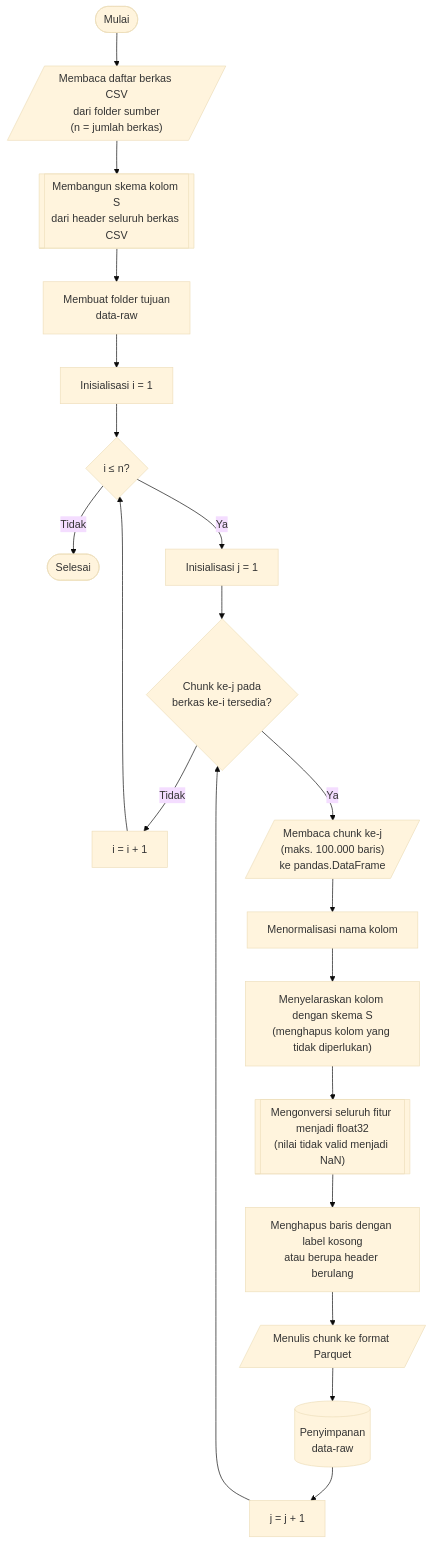
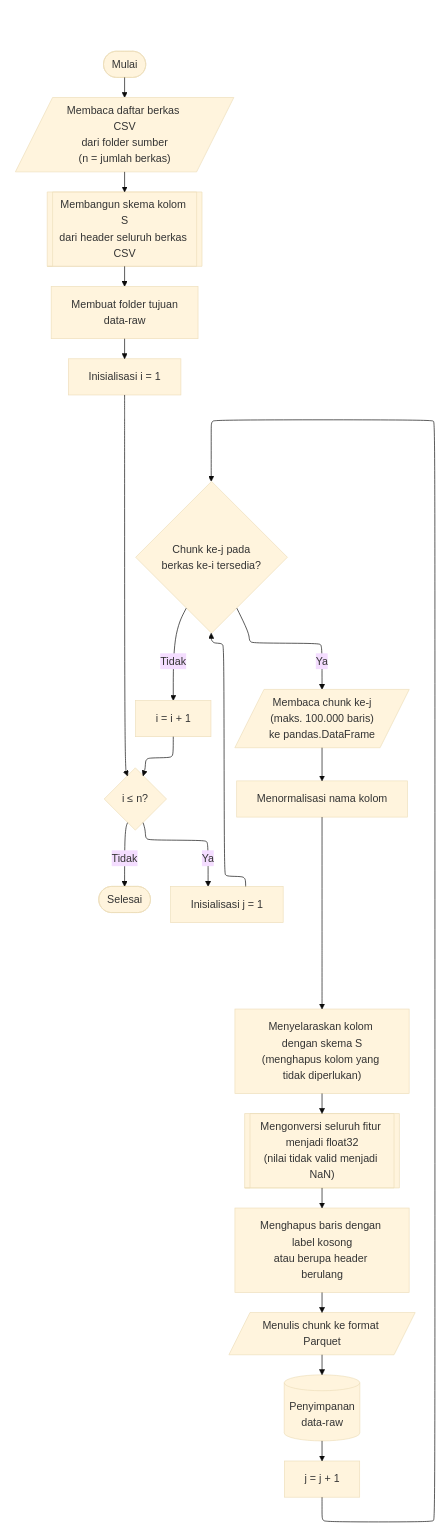
The diagram in thesis/diagram/bab_04/diagram_04_01_01.mmd (JoxNeis/mlids-robustness), drawn with Mermaid (base theme) before and after one commit. The commit also changed 3 other files, not shown here.

```diff
--- a/thesis/diagram/bab_04/diagram_04_01_01.mmd
+++ b/thesis/diagram/bab_04/diagram_04_01_01.mmd
@@ -1,24 +1,58 @@
+%%{init: {"flowchart": {"defaultRenderer": "elk"}}}%%
 flowchart TD
-    mulai(["Mulai"])
-    mulai --> input_csv[/"Membaca daftar berkas CSV<br>dari folder sumber<br>(n = jumlah berkas)"/]
-    input_csv --> skema[["Membangun skema kolom S<br>dari header seluruh berkas CSV"]]
-    skema --> buat_folder["Membuat folder tujuan<br>data-raw"]
-    buat_folder --> init_i["Inisialisasi i = 1"]
-    init_i --> cek_i{"i ≤ n?"}
+    subgraph r1[" "]
+        direction TD
+        mulai(["Mulai"])
+        input_csv[/"Membaca daftar berkas CSV<br>dari folder sumber<br>(n = jumlah berkas)"/]
+        skema[["Membangun skema kolom S<br>dari header seluruh berkas CSV"]]
+        buat_folder["Membuat folder tujuan<br>data-raw"]
+        init_i["Inisialisasi i = 1"]
+    end
 
-    cek_i -->|"Tidak"| selesai(["Selesai"])
-    cek_i -->|"Ya"| init_j["Inisialisasi j = 1"]
-    init_j --> cek_j{"Chunk ke-j pada<br>berkas ke-i tersedia?"}
+    subgraph r2[" "]
+        direction TD
+        cek_i{"i ≤ n?"}
+        selesai(["Selesai"])
+        init_j["Inisialisasi j = 1"]
+        cek_j{"Chunk ke-j pada<br>berkas ke-i tersedia?"}
+        inc_i["i = i + 1"]
+        baca_chunk[/"Membaca chunk ke-j<br>(maks. 100.000 baris)<br>ke pandas.DataFrame"/]
+        norm_kolom["Menormalisasi nama kolom"]
+    end
 
-    cek_j -->|"Tidak"| inc_i["i = i + 1"]
+    subgraph r3[" "]
+        direction TD
+        selaras["Menyelaraskan kolom dengan skema S<br>(menghapus kolom yang tidak diperlukan)"]
+        cast_float[["Mengonversi seluruh fitur menjadi float32<br>(nilai tidak valid menjadi NaN)"]]
+        hapus_label["Menghapus baris dengan label kosong<br>atau berupa header berulang"]
+        tulis[/"Menulis chunk ke format Parquet"/]
+        simpan[("Penyimpanan<br>data-raw")]
+        inc_j["j = j + 1"]
+    end
+
+    mulai --> input_csv
+    input_csv --> skema
+    skema --> buat_folder
+    buat_folder --> init_i
+    init_i --> cek_i
+
+    cek_i -->|"Tidak"| selesai
+    cek_i -->|"Ya"| init_j
+    init_j --> cek_j
+
+    cek_j -->|"Tidak"| inc_i
     inc_i --> cek_i
 
-    cek_j -->|"Ya"| baca_chunk[/"Membaca chunk ke-j<br>(maks. 100.000 baris)<br>ke pandas.DataFrame"/]
-    baca_chunk --> norm_kolom["Menormalisasi nama kolom"]
-    norm_kolom --> selaras["Menyelaraskan kolom dengan skema S<br>(menghapus kolom yang tidak diperlukan)"]
-    selaras --> cast_float[["Mengonversi seluruh fitur menjadi float32<br>(nilai tidak valid menjadi NaN)"]]
-    cast_float --> hapus_label["Menghapus baris dengan label kosong<br>atau berupa header berulang"]
-    hapus_label --> tulis[/"Menulis chunk ke format Parquet"/]
-    tulis --> simpan[("Penyimpanan<br>data-raw")]
-    simpan --> inc_j["j = j + 1"]
+    cek_j -->|"Ya"| baca_chunk
+    baca_chunk --> norm_kolom
+    norm_kolom --> selaras
+    selaras --> cast_float
+    cast_float --> hapus_label
+    hapus_label --> tulis
+    tulis --> simpan
+    simpan --> inc_j
     inc_j --> cek_j
+
+    style r1 fill:none,stroke:none
+    style r2 fill:none,stroke:none
+    style r3 fill:none,stroke:none
```
